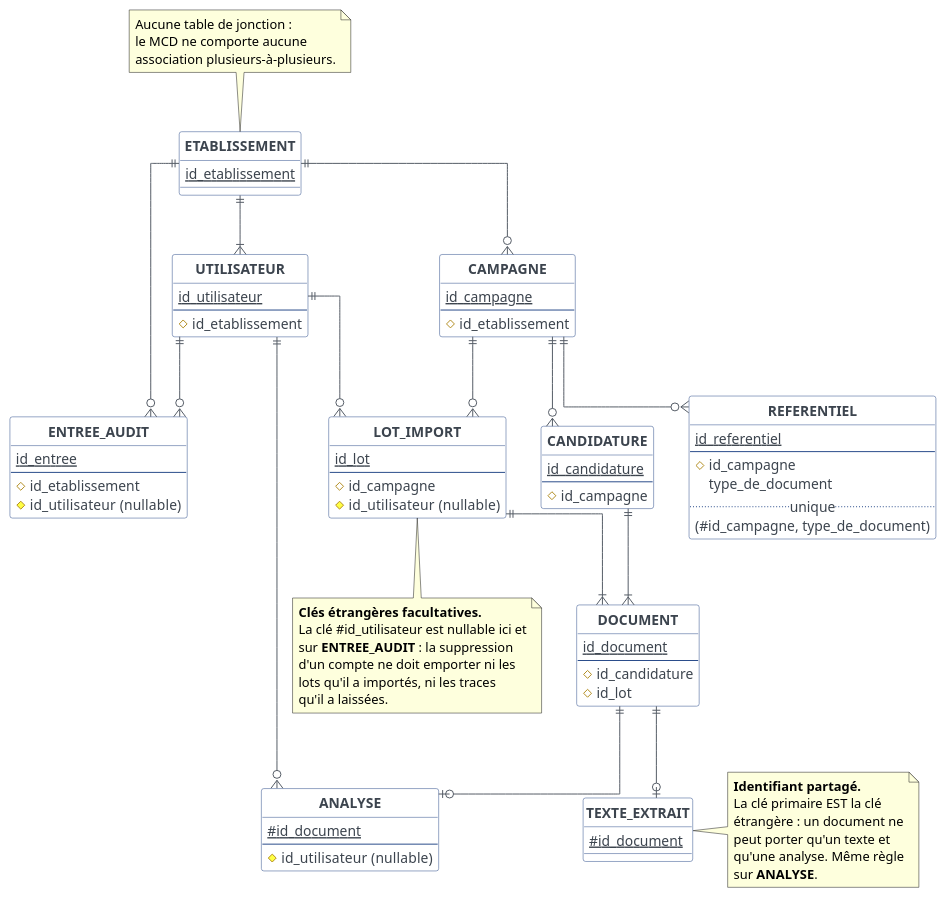
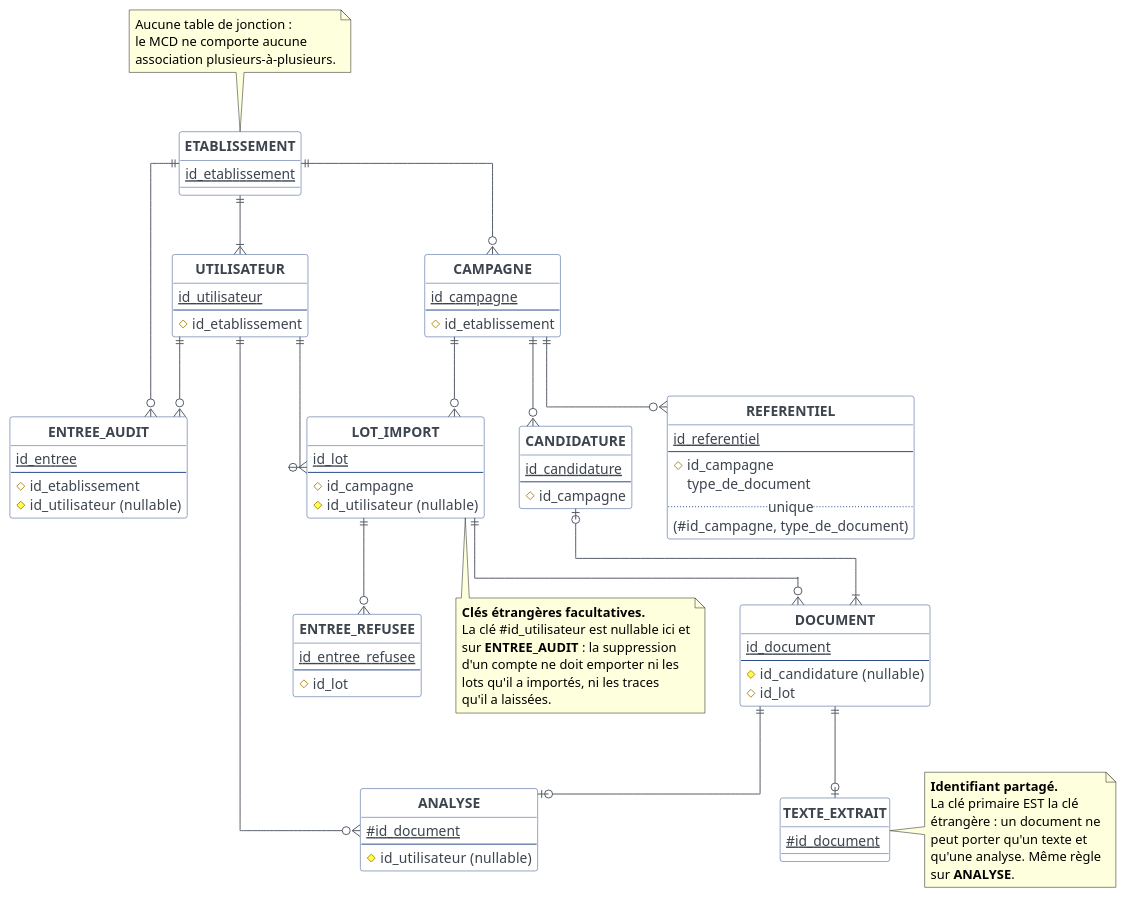
The diagram in docs/conception/mld.puml (XamTV/Probo), drawn with PlantUML before and after one commit. The commit also changed 28 other files, not shown here.

```diff
--- a/docs/conception/mld.puml
+++ b/docs/conception/mld.puml
@@ -1,130 +1,137 @@
 @startuml mld
 ' Probo — Modèle Logique de Données
 '
 ' Traduction du MCD par les règles de passage, et rien d'autre. Ni types, ni
 ' index, ni horodatages, ni dénormalisation : tout cela est au MPD, et justifié
 ' dans ecarts-mcd-mpd.md.
 '
 ' Ce schéma répond à une question que ni le MCD ni le MPD ne traitent :
 ' quelles sont les tables, et comment se lient-elles ? Il ne change que si la
 ' STRUCTURE change — pas à chaque colonne ajoutée.
 '
 ' Forme textuelle de référence : mld.md
 
 hide circle
 skinparam shadowing false
 skinparam defaultFontName Helvetica
 skinparam linetype ortho
 skinparam class {
   BackgroundColor #FFFFFF
   BorderColor #294B8A
   ArrowColor #545C66
   FontColor #14181D
   AttributeFontColor #3C444E
 }
 
 entity "**ETABLISSEMENT**" as etablissement {
   <u>id_etablissement</u>
 }
 
 entity "**UTILISATEUR**" as utilisateur {
   <u>id_utilisateur</u>
   --
   #id_etablissement
 }
 
 entity "**CAMPAGNE**" as campagne {
   <u>id_campagne</u>
   --
   #id_etablissement
 }
 
 entity "**REFERENTIEL**" as referentiel {
   <u>id_referentiel</u>
   --
   #id_campagne
   type_de_document
   .. unique ..
   (#id_campagne, type_de_document)
 }
 
 entity "**LOT_IMPORT**" as lot {
   <u>id_lot</u>
   --
   #id_campagne
   #id_utilisateur  (nullable)
 }
 
 entity "**CANDIDATURE**" as candidature {
   <u>id_candidature</u>
   --
   #id_campagne
 }
 
+entity "**ENTREE_REFUSEE**" as refus {
+  <u>id_entree_refusee</u>
+  --
+  #id_lot
+}
+
 entity "**DOCUMENT**" as document {
   <u>id_document</u>
   --
-  #id_candidature
+  #id_candidature  (nullable)
   #id_lot
 }
 
 entity "**TEXTE_EXTRAIT**" as texte {
   <u>#id_document</u>
 }
 
 entity "**ANALYSE**" as analyse {
   <u>#id_document</u>
   --
   #id_utilisateur  (nullable)
 }
 
 entity "**ENTREE_AUDIT**" as audit {
   <u>id_entree</u>
   --
   #id_etablissement
   #id_utilisateur  (nullable)
 }
 
 etablissement ||--|{ utilisateur
 etablissement ||--o{ campagne
 etablissement ||--o{ audit
 
 campagne ||--o{ referentiel
 campagne ||--o{ lot
 campagne ||--o{ candidature
 
 utilisateur ||--o{ lot
 utilisateur ||--o{ audit
 utilisateur ||--o{ analyse
 
-candidature ||--|{ document
-lot ||--|{ document
+candidature |o--|{ document
+lot ||--o{ document
+lot ||--o{ refus
 
 document ||--o| texte
 document ||--o| analyse
 
 note right of texte
   **Identifiant partagé.**
   La clé primaire EST la clé
   étrangère : un document ne
   peut porter qu'un texte et
   qu'une analyse. Même règle
   sur **ANALYSE**.
 end note
 
 note bottom of lot
   **Clés étrangères facultatives.**
   La clé #id_utilisateur est nullable ici et
   sur **ENTREE_AUDIT** : la suppression
   d'un compte ne doit emporter ni les
   lots qu'il a importés, ni les traces
   qu'il a laissées.
 end note
 
 note top of etablissement
   Aucune table de jonction :
   le MCD ne comporte aucune
   association plusieurs-à-plusieurs.
 end note
 
 @enduml
```
